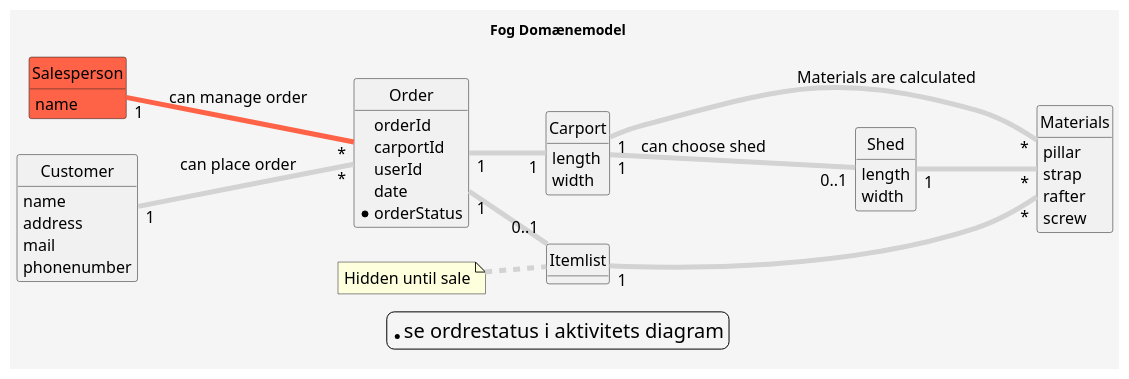
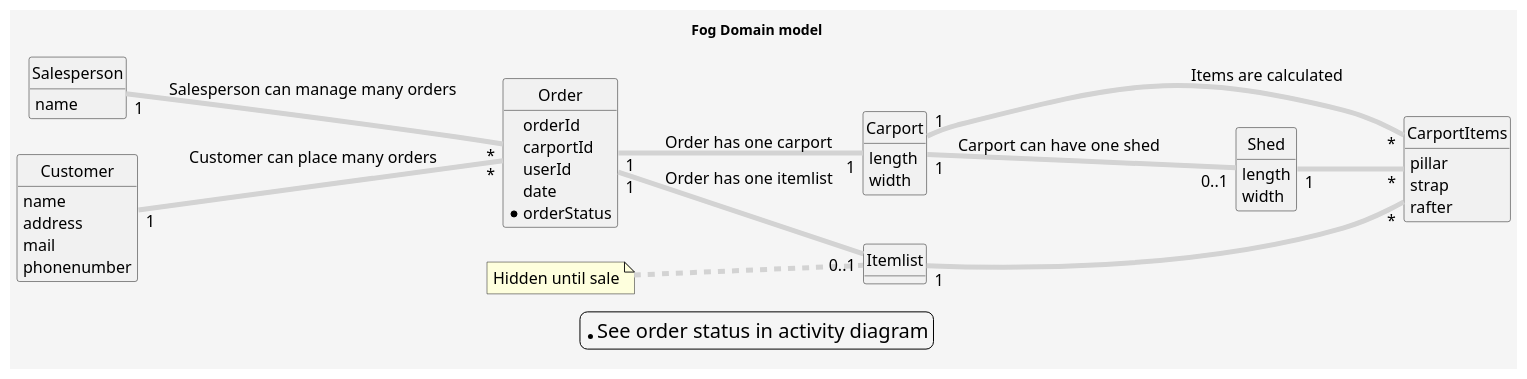
The diagram in doc/Analyse/DomæneModel.puml (Laumh-exe/2SemEksamenOpgave), drawn with PlantUML before and after one commit.

Commit message:
Små rettelser i domænemodellen

```diff
--- a/doc/Analyse/DomæneModel.puml
+++ b/doc/Analyse/DomæneModel.puml
@@ -1,92 +1,91 @@
 @startuml
 'https://plantuml.com/class-diagram
 
 
 
 left to right direction
 skinparam BackgroundColor #f5f5f5
 skinparam style strictuml
 skinparam DefaultFontSize 16
 skinparam DefaultFontStyle bold
 skinparam ArrowColor #lightgrey
 skinparam ArrowThickness 5
 hide methods
 hide circle
 hide empty
 
 <style>
 legend {
     BackgroundColor #f5f5f5
     FontColor black
     FontSize 20
 }
 
 .p {
     FontColor black
 }
 </style>
 
 
-Title Fog Domænemodel
+Title Fog Domain model
 
 
-class Salesperson #tomato{
+class Salesperson {
     name
 }
 
 
-legend *se ordrestatus i aktivitets diagram
+legend *See order status in activity diagram
 
 
-Class Customer{
+class Customer{
     name
     address
     mail
     phonenumber
 }
 
-Class Order {
+class Order {
     orderId
     carportId
     userId
     date
     *orderStatus
 }
 
-Class Carport {
+class Carport {
     length
     width
 }
 
-Class Materials {
+class CarportItems {
     pillar
     strap
     rafter
-    screw
 }
 
-Class Shed {
+class Shed {
     length
     width
 }
 
 
-Class Itemlist {
+class Itemlist {
 
 }
 
 
 note left: Hidden until sale
 
 
-Customer "1"--"*" Order : can place order
-Order "1"--"1" Carport
-Carport "1"--"0..1" Shed : can choose shed
-Itemlist "1"--"*" Materials
-Salesperson "1"--"*"  Order #tomato: can manage order
-Order "1"--"0..1" Itemlist
-Carport "1"--"*" Materials : Materials are calculated
-Shed "1"--"*" Materials
+Customer "1"--"*" Order : Customer can place many orders
+Order "1"--"1" Carport : Order has one carport
+Carport "1"--"0..1" Shed : Carport can have one shed
+Itemlist "1"--"*" CarportItems
+Salesperson "1"--"*"  Order: Salesperson can manage many orders
+Order "1"--"0..1" Itemlist : Order has one itemlist
+Carport "1"--"*" CarportItems : Items are calculated
+Shed "1"--"*" CarportItems
 
 
 @enduml
```
